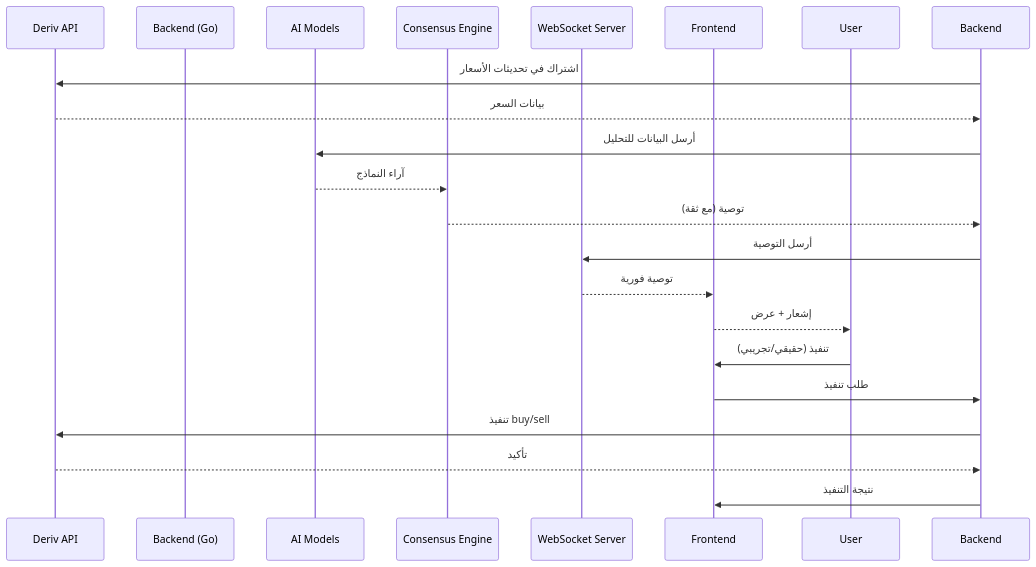
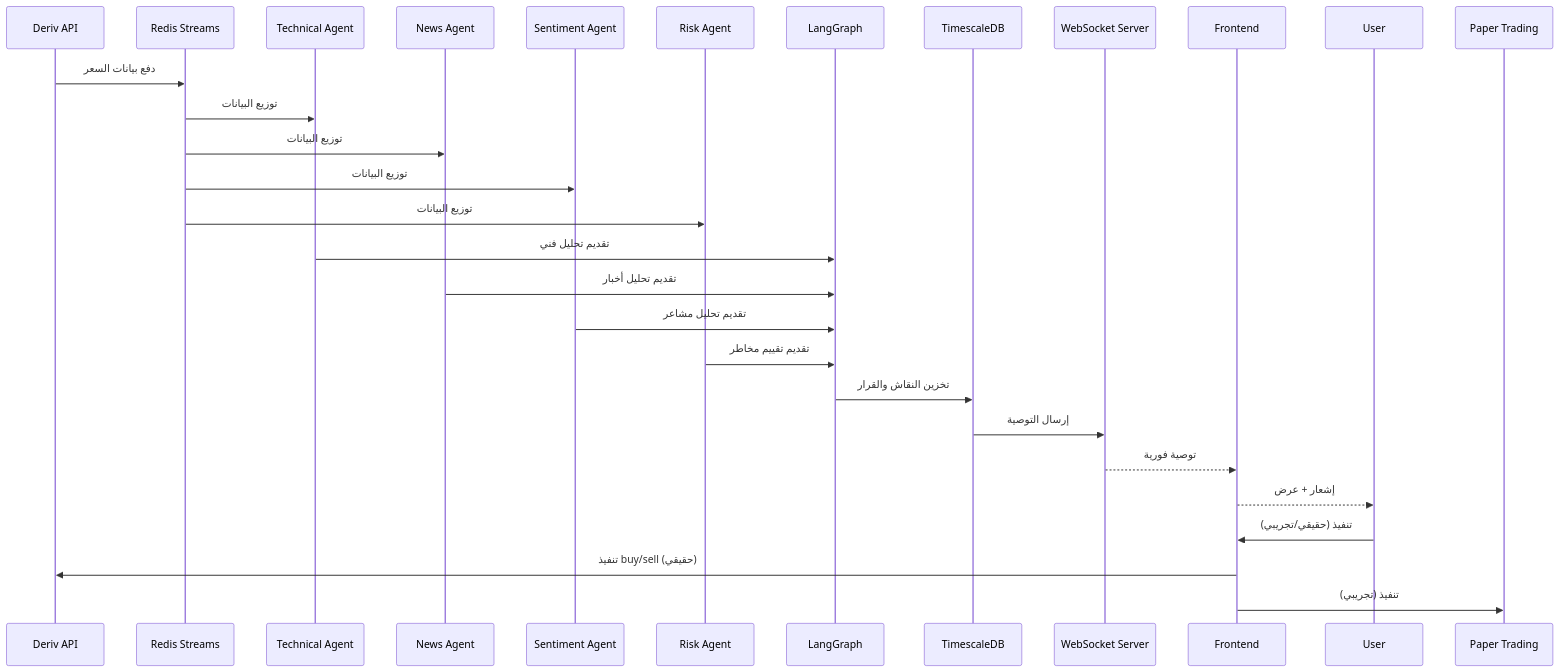
Before and after one commit to saud552/KhayaL-Al-Trade: the second of 2 diagrams in README.md, drawn with Mermaid. The commit also changed other lines of this file, not shown here.

````diff
--- a/README.md
+++ b/README.md
@@ -778,24 +559,33 @@
 ```mermaid
 sequenceDiagram
     participant Deriv API
-    participant Backend (Go)
-    participant AI Models
-    participant Consensus Engine
+    participant Redis Streams
+    participant Technical Agent
+    participant News Agent
+    participant Sentiment Agent
+    participant Risk Agent
+    participant LangGraph
+    participant TimescaleDB
     participant WebSocket Server
     participant Frontend
     participant User
 
-    Backend->>Deriv API: اشتراك في تحديثات الأسعار
-    Deriv API-->>Backend: بيانات السعر
-    Backend->>AI Models: أرسل البيانات للتحليل
-    AI Models-->>Consensus Engine: آراء النماذج
-    Consensus Engine-->>Backend: توصية (مع ثقة)
-    Backend->>WebSocket Server: أرسل التوصية
+    Deriv API->>Redis Streams: دفع بيانات السعر
+    Redis Streams->>Technical Agent: توزيع البيانات
+    Redis Streams->>News Agent: توزيع البيانات
+    Redis Streams->>Sentiment Agent: توزيع البيانات
+    Redis Streams->>Risk Agent: توزيع البيانات
+    
+    Technical Agent->>LangGraph: تقديم تحليل فني
+    News Agent->>LangGraph: تقديم تحليل أخبار
+    Sentiment Agent->>LangGraph: تقديم تحليل مشاعر
+    Risk Agent->>LangGraph: تقديم تقييم مخاطر
+    
+    LangGraph->>TimescaleDB: تخزين النقاش والقرار
+    TimescaleDB->>WebSocket Server: إرسال التوصية
     WebSocket Server-->>Frontend: توصية فورية
     Frontend-->>User: إشعار + عرض
     User->>Frontend: تنفيذ (حقيقي/تجريبي)
-    Frontend->>Backend: طلب تنفيذ
-    Backend->>Deriv API: تنفيذ buy/sell
-    Deriv API-->>Backend: تأكيد
-    Backend->>Frontend: نتيجة التنفيذ
+    Frontend->>Deriv API: تنفيذ buy/sell (حقيقي)
+    Frontend->>Paper Trading: تنفيذ (تجريبي)
 ```
````
